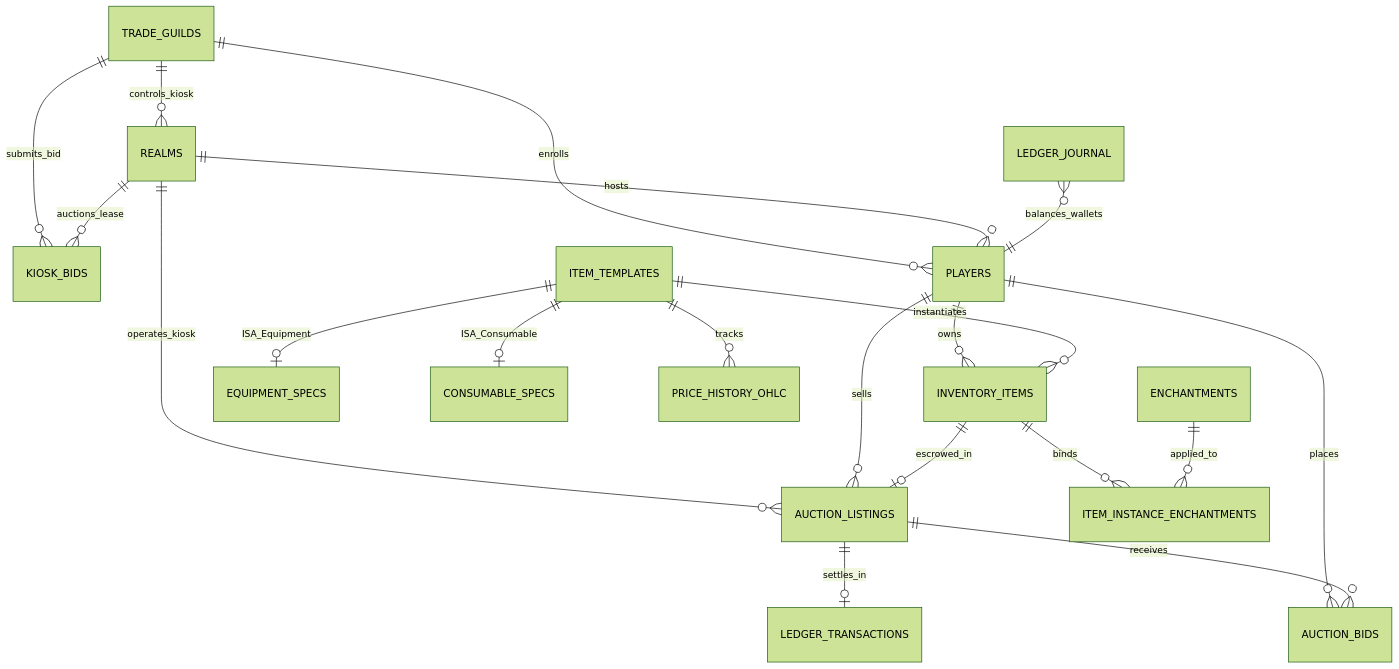
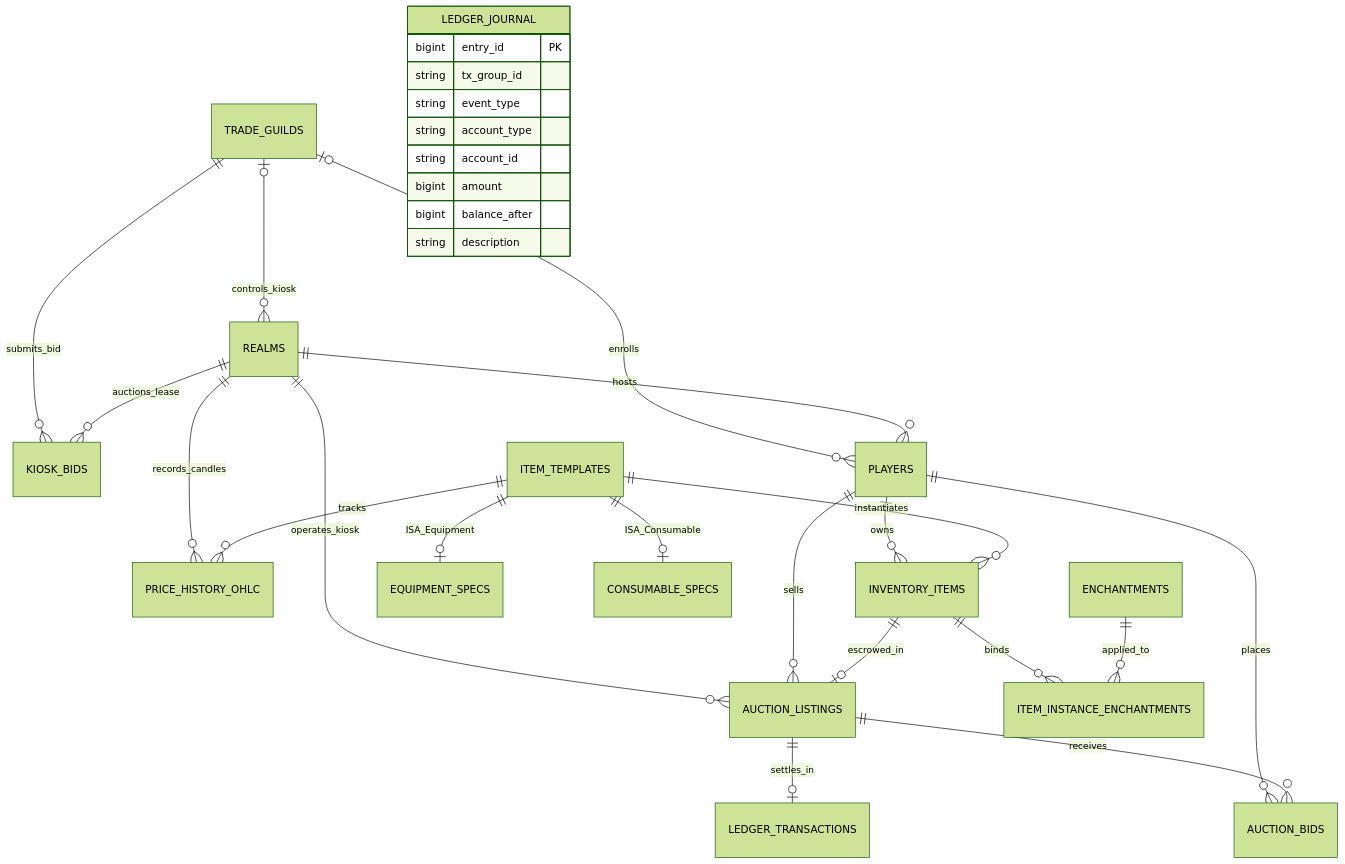
One commit to sebiny12p/Scrolls-of-Agora changed the second of 2 diagrams in README.md. Above: the diagram before and after it, drawn with Mermaid (forest theme). The commit also changed other lines of this file and 1 other file, not shown here.

Commit message:
fix(docs): align ER diagram, table counts, and query thresholds with schema DDL

````diff
--- a/README.md
+++ b/README.md
@@ -99,26 +99,37 @@
 ```mermaid
 erDiagram
-    TRADE_GUILDS ||--o{ REALMS : "controls_kiosk"
+    TRADE_GUILDS |o--o{ REALMS : "controls_kiosk"
     TRADE_GUILDS ||--o{ KIOSK_BIDS : "submits_bid"
-    TRADE_GUILDS ||--o{ PLAYERS : "enrolls"
+    TRADE_GUILDS |o--o{ PLAYERS : "enrolls"
     REALMS ||--o{ KIOSK_BIDS : "auctions_lease"
     REALMS ||--o{ PLAYERS : "hosts"
     REALMS ||--o{ AUCTION_LISTINGS : "operates_kiosk"
+    REALMS ||--o{ PRICE_HISTORY_OHLC : "records_candles"
 
     PLAYERS ||--o{ INVENTORY_ITEMS : "owns"
     PLAYERS ||--o{ AUCTION_LISTINGS : "sells"
     PLAYERS ||--o{ AUCTION_BIDS : "places"
 
     ITEM_TEMPLATES ||--o| EQUIPMENT_SPECS : "ISA_Equipment"
     ITEM_TEMPLATES ||--o| CONSUMABLE_SPECS : "ISA_Consumable"
     ITEM_TEMPLATES ||--o{ INVENTORY_ITEMS : "instantiates"
     ITEM_TEMPLATES ||--o{ PRICE_HISTORY_OHLC : "tracks"
 
     INVENTORY_ITEMS ||--o{ ITEM_INSTANCE_ENCHANTMENTS : "binds"
     ENCHANTMENTS ||--o{ ITEM_INSTANCE_ENCHANTMENTS : "applied_to"
 
     INVENTORY_ITEMS ||--o| AUCTION_LISTINGS : "escrowed_in"
     AUCTION_LISTINGS ||--o{ AUCTION_BIDS : "receives"
     AUCTION_LISTINGS ||--o| LEDGER_TRANSACTIONS : "settles_in"
-    LEDGER_JOURNAL }o--|| PLAYERS : "balances_wallets"
+
+    LEDGER_JOURNAL {
+        bigint entry_id PK
+        string tx_group_id
+        string event_type
+        string account_type
+        string account_id
+        bigint amount
+        bigint balance_after
+        string description
+    }
 ```
````
